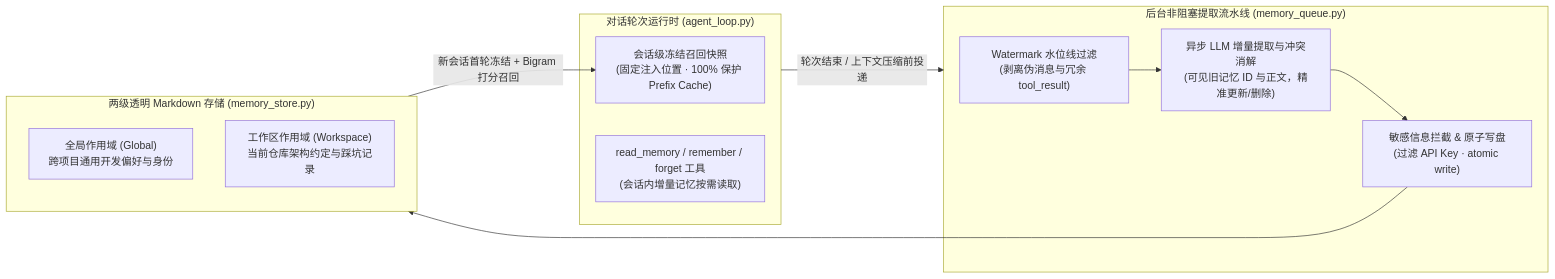
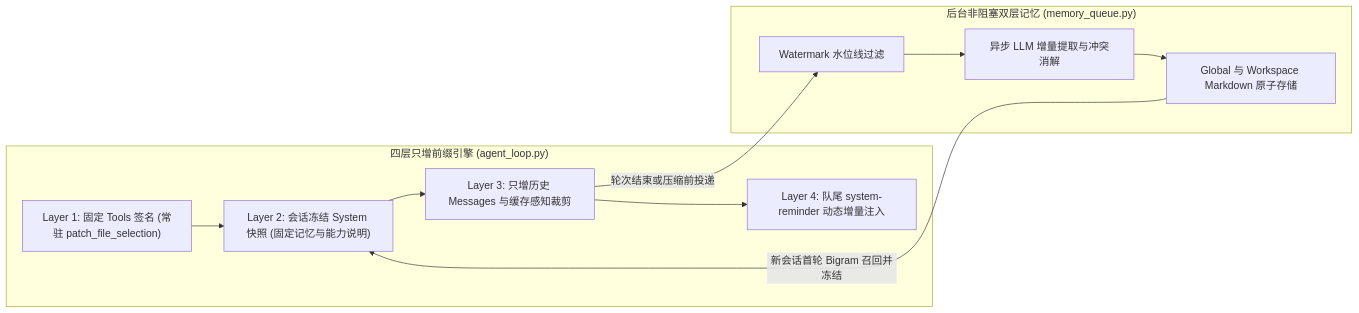
One commit to HelmAgent/Helm_website changed the first of 2 diagrams in docs/architecture/memory-and-rag.md. Above: the diagram before and after it, drawn with Mermaid. The commit also changed other lines of this file and 27 other files, not shown here.

Commit message:
docs(architecture): update memory and RAG documentation to reflect new four-layer prefix cache architecture and performance metrics; revise multi-agent team structure for enhanced clarity and functionality

````diff
--- a/docs/architecture/memory-and-rag.md
+++ b/docs/architecture/memory-and-rag.md
@@ -23,23 +26,20 @@
 ```mermaid
 flowchart LR
-  subgraph TurnRuntime["对话轮次运行时 (agent_loop.py)"]
-    FrozenSnap["会话级冻结召回快照<br/>(固定注入位置 · 100% 保护 Prefix Cache)"]
-    ReadMemTool["read_memory / remember / forget 工具<br/>(会话内增量记忆按需读取)"]
+  subgraph PrefixEngine["四层只增前缀引擎 (agent_loop.py)"]
+    L1["Layer 1: 固定 Tools 签名 (常驻 patch_file_selection)"]
+    L2["Layer 2: 会话冻结 System 快照 (固定记忆与能力说明)"]
+    L3["Layer 3: 只增历史 Messages 与缓存感知裁剪"]
+    L4["Layer 4: 队尾 system-reminder 动态增量注入"]
+    L1 --> L2 --> L3 --> L4
   end
 
-  subgraph AsyncPipeline["后台非阻塞提取流水线 (memory_queue.py)"]
-    Watermark["Watermark 水位线过滤<br/>(剥离伪消息与冗余 tool_result)"]
-    Extractor["异步 LLM 增量提取与冲突消解<br/>(可见旧记忆 ID 与正文，精准更新/删除)"]
-    Sanitizer["敏感信息拦截 & 原子写盘<br/>(过滤 API Key · atomic write)"]
-    Watermark --> Extractor --> Sanitizer
+  subgraph AsyncMemory["后台非阻塞双层记忆 (memory_queue.py)"]
+    Watermark["Watermark 水位线过滤"]
+    Extractor["异步 LLM 增量提取与冲突消解"]
+    Storage["Global 与 Workspace Markdown 原子存储"]
+    Watermark --> Extractor --> Storage
   end
 
-  subgraph Storage["两级透明 Markdown 存储 (memory_store.py)"]
-    GlobalScope["全局作用域 (Global)<br/>跨项目通用开发偏好与身份"]
-    WorkspaceScope["工作区作用域 (Workspace)<br/>当前仓库架构约定与踩坑记录"]
-  end
-
-  TurnRuntime -- "轮次结束 / 上下文压缩前投递" --> AsyncPipeline
-  Sanitizer --> Storage
-  Storage -- "新会话首轮冻结 + Bigram 打分召回" --> FrozenSnap
+  L3 -- "轮次结束或压缩前投递" --> Watermark
+  Storage -- "新会话首轮 Bigram 召回并冻结" --> L2
 ```
````
